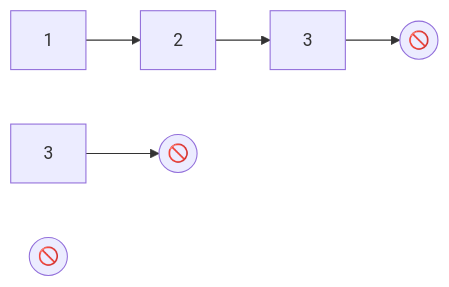
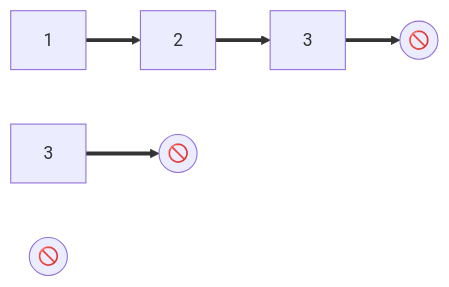
One commit to raganwald/raganwald.github.com changed the fourth of 13 diagrams in _posts/2026-02-15-nuralagus-rex.md. Above: the diagram before and after it, drawn with Mermaid. The commit also changed other lines of this file, not shown here.

```diff
--- a/_posts/2026-02-15-nuralagus-rex.md
+++ b/_posts/2026-02-15-nuralagus-rex.md
@@ -61,16 +61,16 @@
 <div class="mermaid">
   graph LR
     b["1"]
     c["2"]
     d["3"]
     d2["3"]
     Empty(("🚫"))
     Empty2(("🚫"))
     Empty3(("🚫"))
 
     Empty
 
-    d2--> Empty2
+    d2==> Empty2
 
-    b-->c-->d-->Empty3
+    b==>c==>d==>Empty3
 </div>
```
